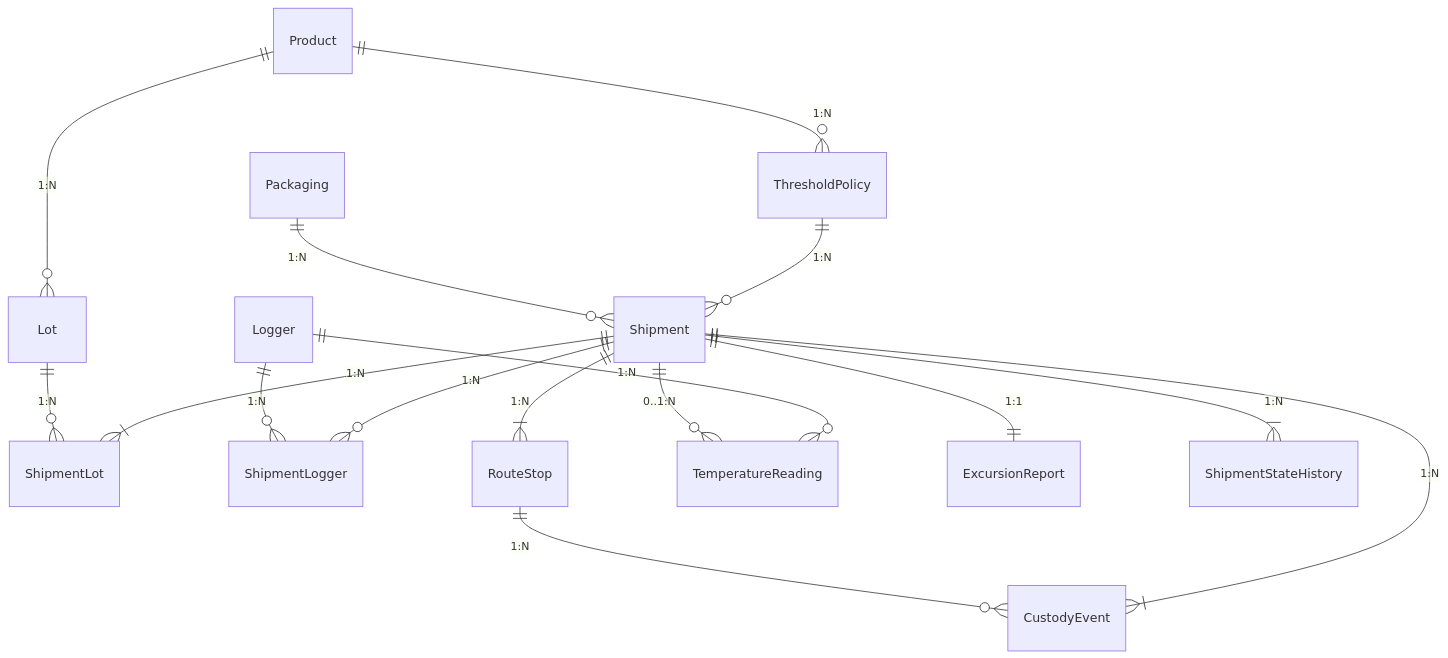
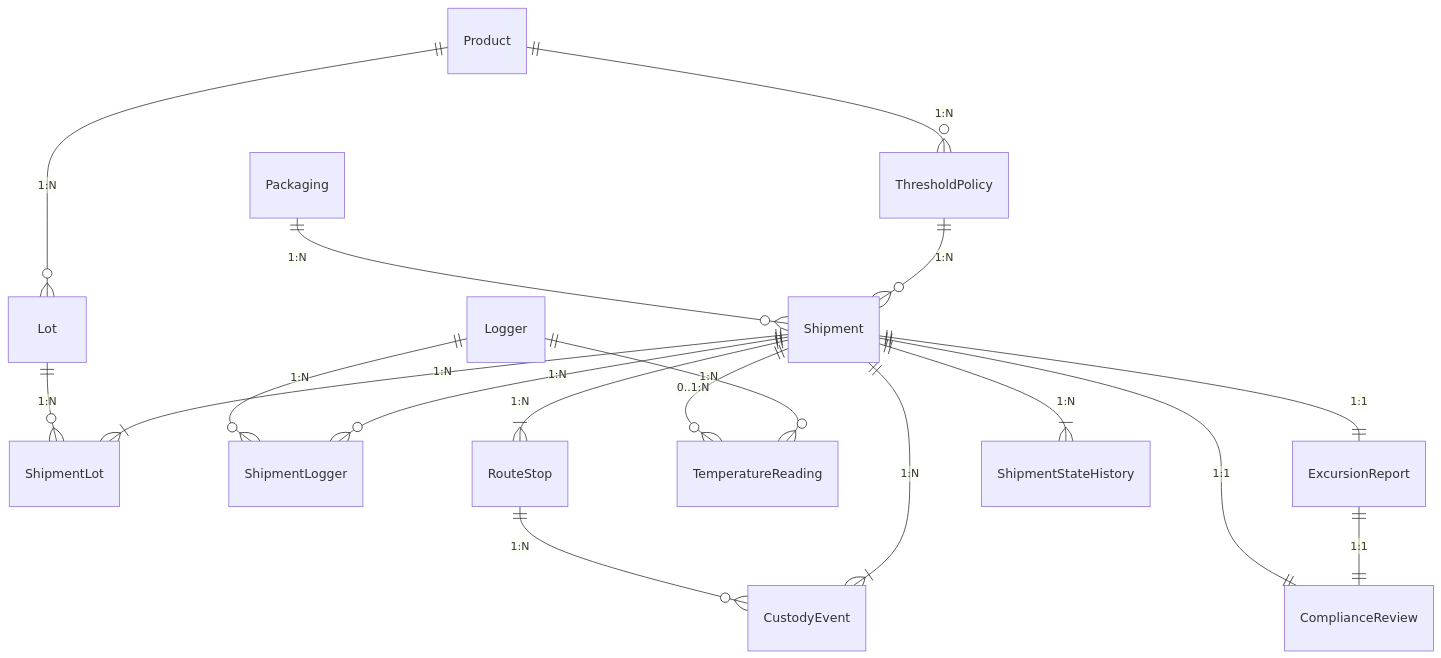
Before and after one commit to Likhithguthula/coldchain-compliance: the diagram in README.md, drawn with Mermaid. The commit also changed other lines of this file and 45 other files, not shown here.

Commit message:
ColdChain Compliance: resolve Oct 28 evaluation findings, add ComplianceReview, bound excursion durations, and harden validator/inspector

````diff
--- a/README.md
+++ b/README.md
@@ -89,18 +91,20 @@
 ```mermaid
 erDiagram
     Product ||--o{ ThresholdPolicy : "1:N"
     Product ||--o{ Lot : "1:N"
     ThresholdPolicy ||--o{ Shipment : "1:N"
     Packaging ||--o{ Shipment : "1:N"
     Shipment ||--|{ ShipmentLot : "1:N"
     Lot ||--o{ ShipmentLot : "1:N"
     Shipment ||--o{ ShipmentLogger : "1:N"
     Logger ||--o{ ShipmentLogger : "1:N"
     Shipment ||--|{ RouteStop : "1:N"
     Shipment ||--|{ CustodyEvent : "1:N"
     RouteStop ||--o{ CustodyEvent : "1:N"
     Logger ||--o{ TemperatureReading : "1:N"
     Shipment ||--o{ TemperatureReading : "0..1:N"
     Shipment ||--|| ExcursionReport : "1:1"
+    ExcursionReport ||--|| ComplianceReview : "1:1"
+    Shipment ||--|| ComplianceReview : "1:1"
     Shipment ||--|{ ShipmentStateHistory : "1:N"
 ```
````
